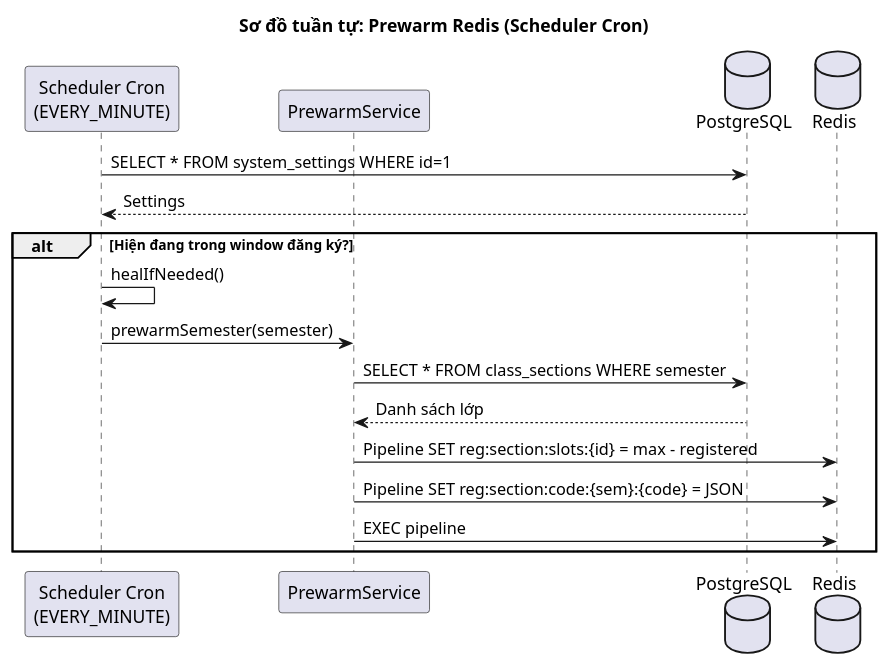
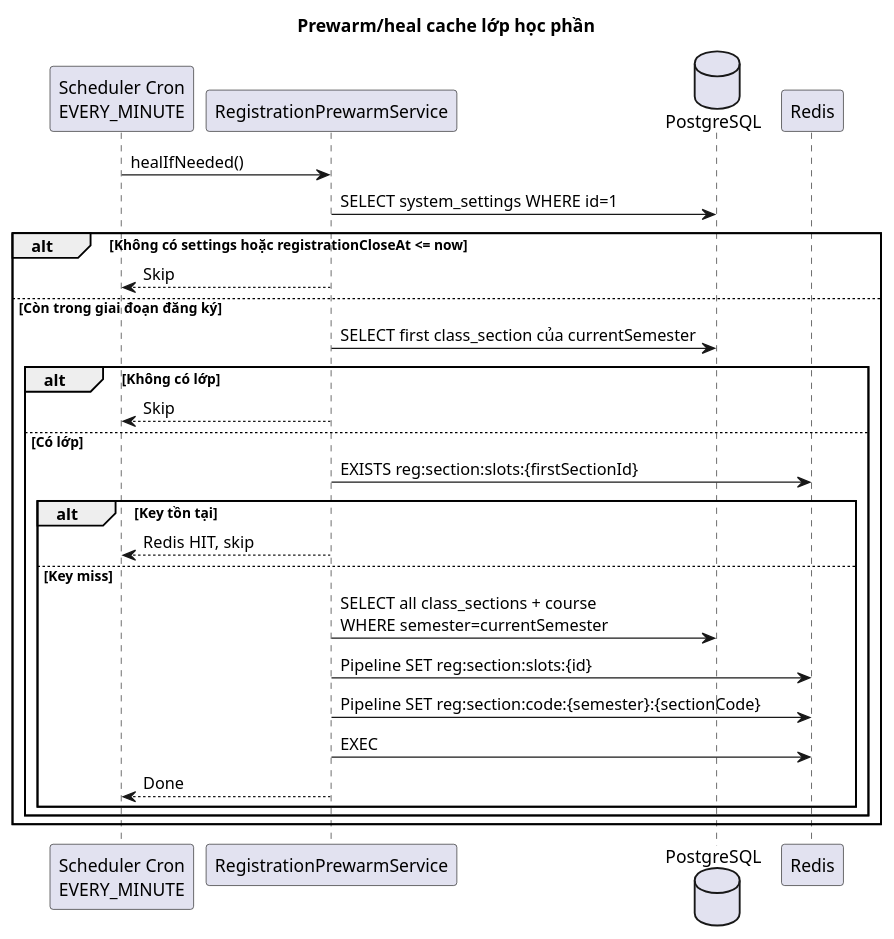
One commit to huyhuyqazwsx/do_an_tot_nghiep changed diagram 16 of 20 in docs/doc/sequence-diagrams.md. Above: the diagram before and after it, drawn with PlantUML. The commit also changed other lines of this file and 1 other file, not shown here.

````diff
--- a/docs/doc/sequence-diagrams.md
+++ b/docs/doc/sequence-diagrams.md
@@ -179,27 +610,33 @@
 ```plantuml
-@startuml SD_Prewarm
-title Sơ đồ tuần tự: Prewarm Redis (Scheduler Cron)
+@startuml SD_PrewarmHeal
+title Prewarm/heal cache lớp học phần
 
-participant "Scheduler Cron\n(EVERY_MINUTE)" as Cron
-participant "PrewarmService" as PS
+participant "Scheduler Cron\nEVERY_MINUTE" as Cron
+participant "RegistrationPrewarmService" as Prewarm
 database "PostgreSQL" as DB
-database "Redis" as Redis
+participant "Redis" as Redis
 
-Cron -> DB : SELECT * FROM system_settings WHERE id=1
-DB --> Cron : Settings
+Cron -> Prewarm : healIfNeeded()
+Prewarm -> DB : SELECT system_settings WHERE id=1
 
-alt Hiện đang trong window đăng ký?
-    Cron -> Cron : healIfNeeded()
-
-    Cron -> PS : prewarmSemester(semester)
-    
-    PS -> DB : SELECT * FROM class_sections WHERE semester
-    DB --> PS : Danh sách lớp
-    
-    PS -> Redis : Pipeline SET reg:section:slots:{id} = max - registered
-    PS -> Redis : Pipeline SET reg:section:code:{sem}:{code} = JSON
-    PS -> Redis : EXEC pipeline
+alt Không có settings hoặc registrationCloseAt <= now
+  Prewarm --> Cron : Skip
+else Còn trong giai đoạn đăng ký
+  Prewarm -> DB : SELECT first class_section của currentSemester
+  alt Không có lớp
+    Prewarm --> Cron : Skip
+  else Có lớp
+    Prewarm -> Redis : EXISTS reg:section:slots:{firstSectionId}
+    alt Key tồn tại
+      Prewarm --> Cron : Redis HIT, skip
+    else Key miss
+      Prewarm -> DB : SELECT all class_sections + course\nWHERE semester=currentSemester
+      Prewarm -> Redis : Pipeline SET reg:section:slots:{id}
+      Prewarm -> Redis : Pipeline SET reg:section:code:{semester}:{sectionCode}
+      Prewarm -> Redis : EXEC
+      Prewarm --> Cron : Done
+    end
+  end
 end
-
 @enduml
 ```
````
